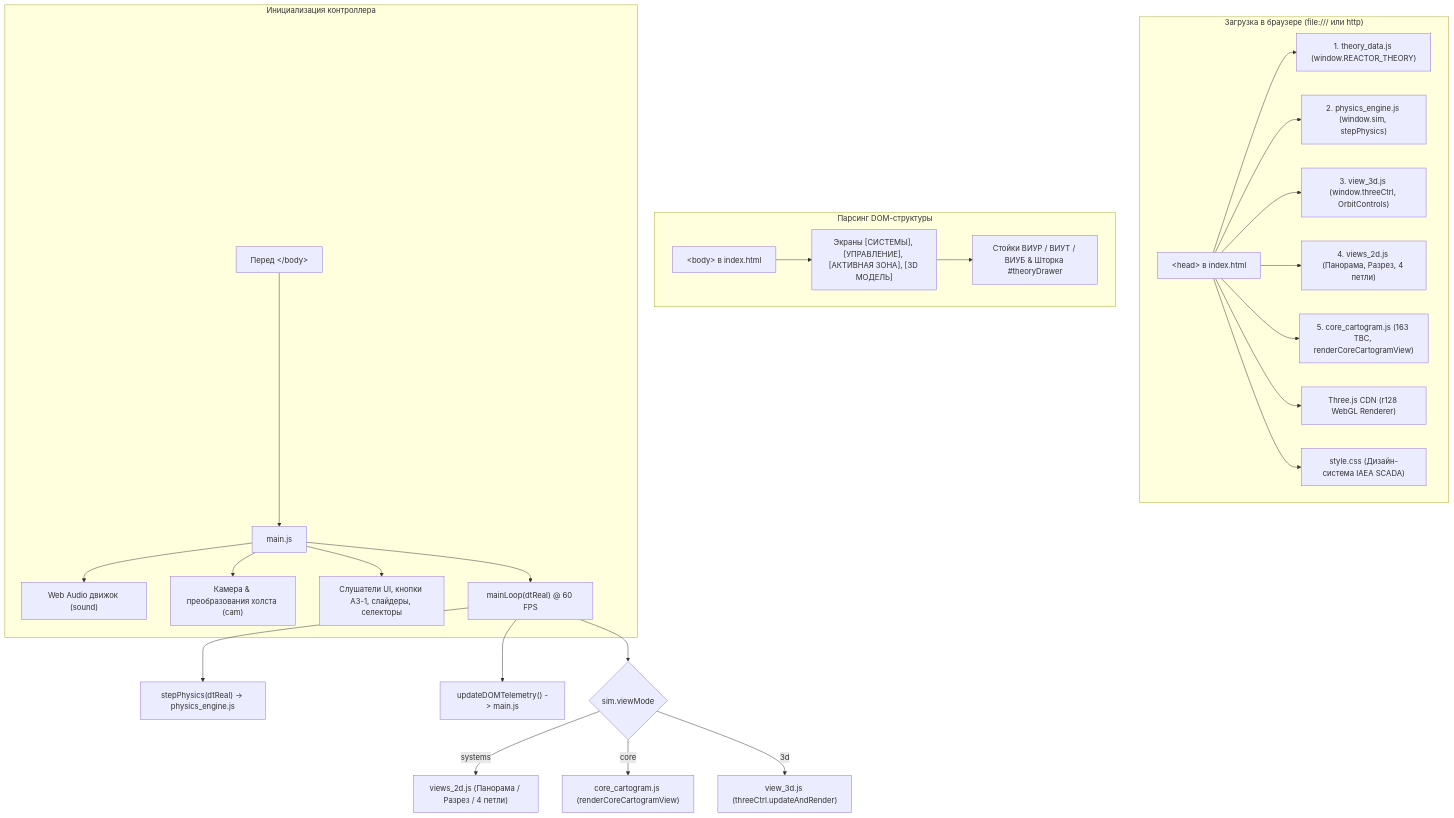
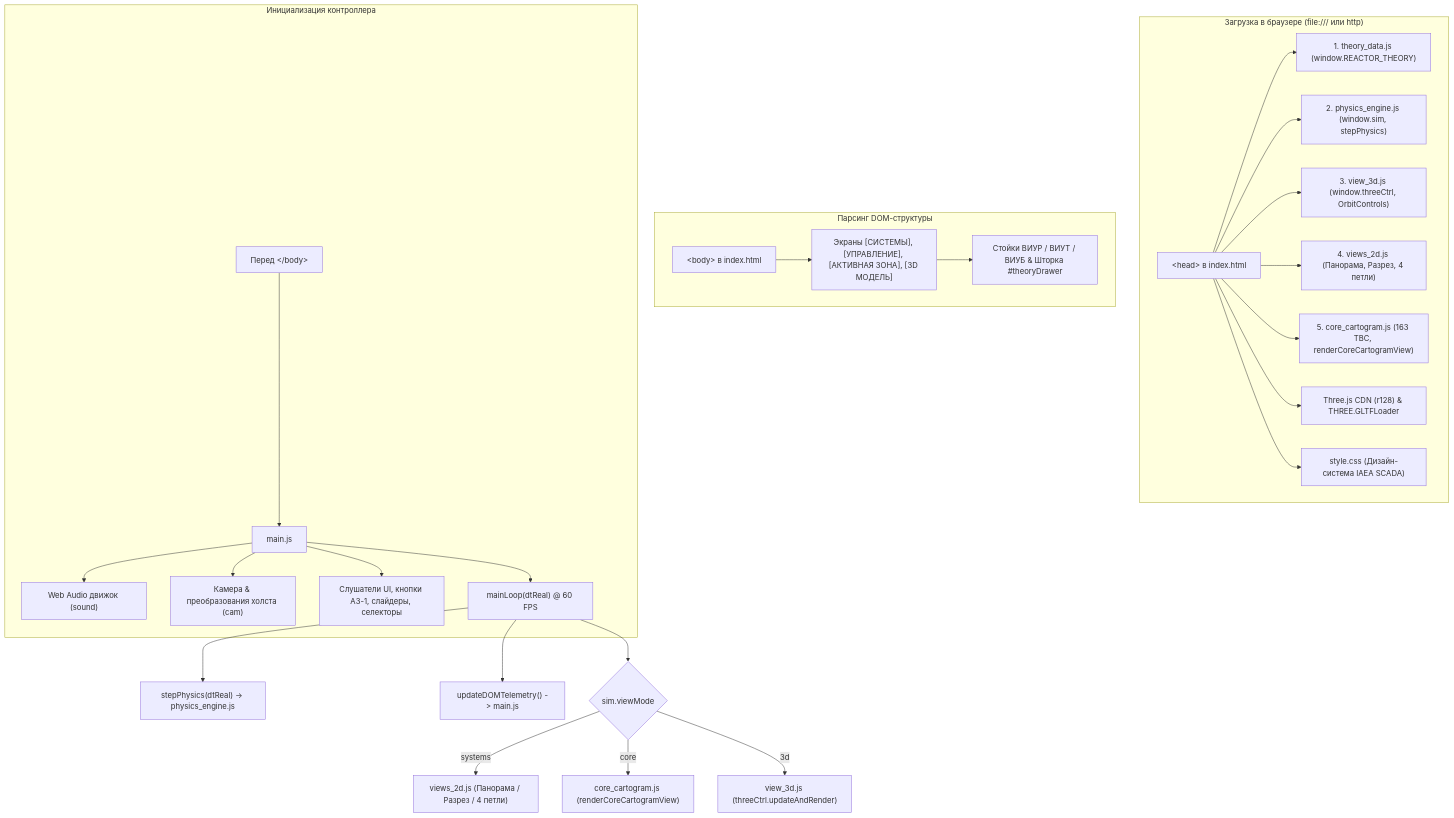
The diagram in PROJECT_MAP.md (tima0011/vver-1200-simulator), drawn with Mermaid before and after one commit. The commit also changed other lines of this file and 10 other files, not shown here.

````diff
--- a/PROJECT_MAP.md
+++ b/PROJECT_MAP.md
@@ -86,33 +102,33 @@
 ```mermaid
 graph TD
     subgraph Browser_Init["Загрузка в браузере (file:/// или http)"]
         Head["&lt;head&gt; в index.html"] --> T1["1. theory_data.js (window.REACTOR_THEORY)"]
         Head --> T2["2. physics_engine.js (window.sim, stepPhysics)"]
         Head --> T3["3. view_3d.js (window.threeCtrl, OrbitControls)"]
         Head --> T4["4. views_2d.js (Панорама, Разрез, 4 петли)"]
         Head --> T5["5. core_cartogram.js (163 ТВС, renderCoreCartogramView)"]
-        Head --> T6["Three.js CDN (r128 WebGL Renderer)"]
+        Head --> T6["Three.js CDN (r128) & THREE.GLTFLoader"]
         Head --> CSS["style.css (Дизайн-система IAEA SCADA)"]
     end
 
     subgraph DOM_Structure["Парсинг DOM-структуры"]
         Body["&lt;body&gt; в index.html"] --> DOM_UI["Экраны [СИСТЕМЫ], [УПРАВЛЕНИЕ], [АКТИВНАЯ ЗОНА], [3D МОДЕЛЬ]"]
         DOM_UI --> DOM_Posts["Стойки ВИУР / ВИУТ / ВИУБ & Шторка #theoryDrawer"]
     end
 
     subgraph Main_Controller["Инициализация контроллера"]
         Bottom["Перед &lt;/body&gt;"] --> MainJS["main.js"]
         MainJS --> Audio["Web Audio движок (sound)"]
         MainJS --> Cam["Камера & преобразования холста (cam)"]
         MainJS --> Handlers["Слушатели UI, кнопки АЗ-1, слайдеры, селекторы"]
         MainJS --> Loop["mainLoop(dtReal) @ 60 FPS"]
     end
 
     Loop --> PhysCall["stepPhysics(dtReal) -> physics_engine.js"]
     Loop --> TelemetryCall["updateDOMTelemetry() -> main.js"]
     Loop --> RenderCall{"sim.viewMode"}
 
     RenderCall -- "systems" --> Views2DCall["views_2d.js (Панорама / Разрез / 4 петли)"]
     RenderCall -- "core" --> CoreCall["core_cartogram.js (renderCoreCartogramView)"]
     RenderCall -- "3d" --> ThreeCall["view_3d.js (threeCtrl.updateAndRender)"]
 ```
````
